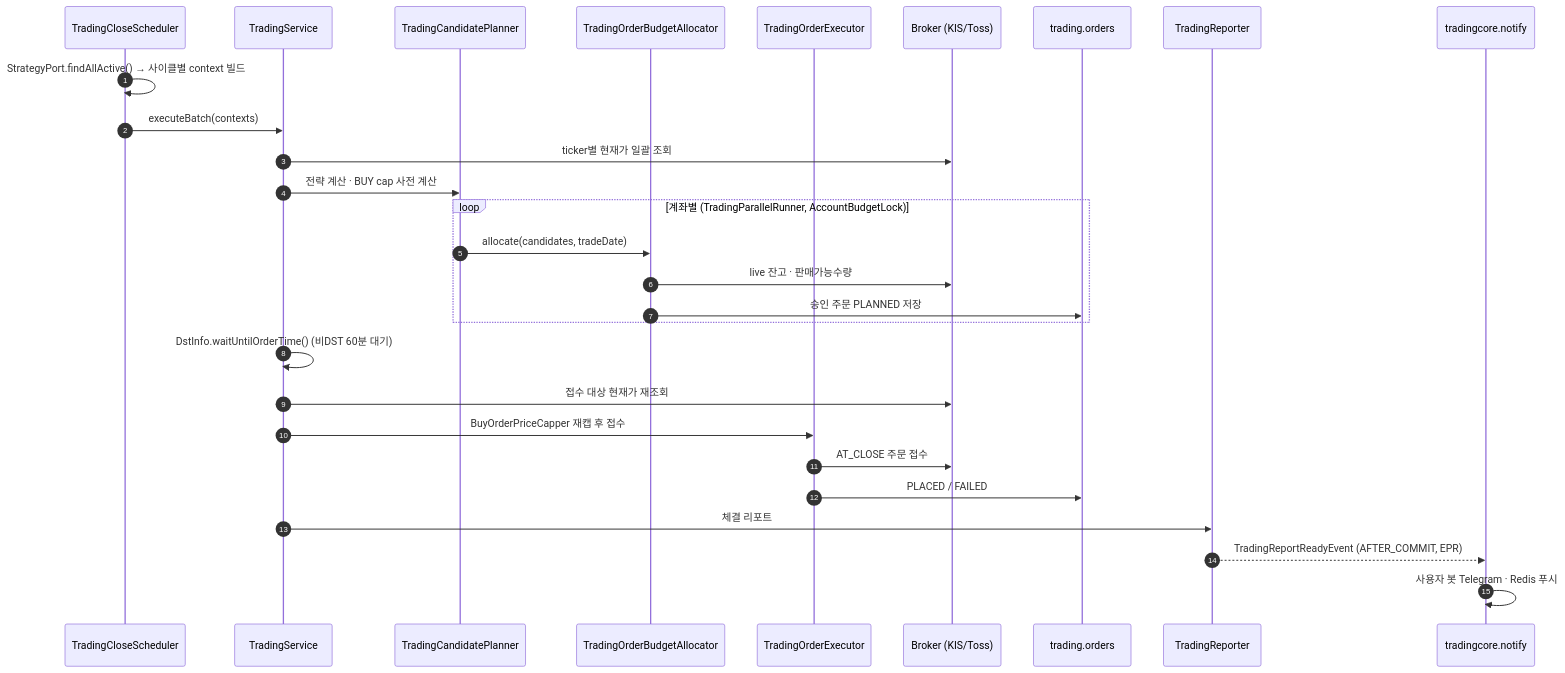
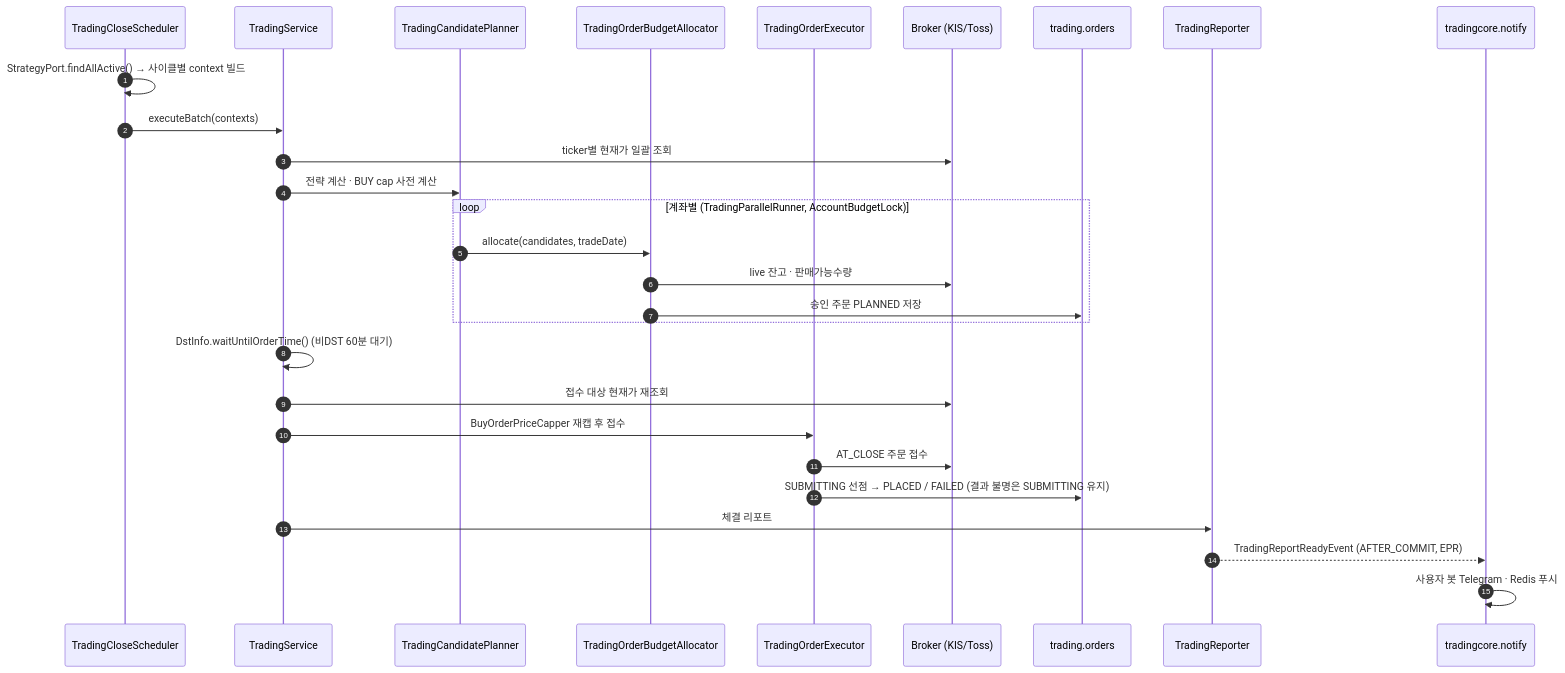
The sixth of 6 diagrams in docs/architecture-map.md (narafu/kista-api), drawn with Mermaid before and after one commit. The commit also changed 5 other files, not shown here.

````diff
--- a/docs/architecture-map.md
+++ b/docs/architecture-map.md
@@ -254,31 +254,31 @@
 ```mermaid
 sequenceDiagram
     autonumber
     participant S as TradingCloseScheduler
     participant Svc as TradingService
     participant Plan as TradingCandidatePlanner
     participant Alloc as TradingOrderBudgetAllocator
     participant Exec as TradingOrderExecutor
     participant B as Broker (KIS/Toss)
     participant DB as trading.orders
     participant R as TradingReporter
     participant N as tradingcore.notify
 
     S->>S: StrategyPort.findAllActive() → 사이클별 context 빌드
     S->>Svc: executeBatch(contexts)
     Svc->>B: ticker별 현재가 일괄 조회
     Svc->>Plan: 전략 계산 · BUY cap 사전 계산
     loop 계좌별 (TradingParallelRunner, AccountBudgetLock)
         Plan->>Alloc: allocate(candidates, tradeDate)
         Alloc->>B: live 잔고 · 판매가능수량
         Alloc->>DB: 승인 주문 PLANNED 저장
     end
     Svc->>Svc: DstInfo.waitUntilOrderTime() (비DST 60분 대기)
     Svc->>B: 접수 대상 현재가 재조회
     Svc->>Exec: BuyOrderPriceCapper 재캡 후 접수
     Exec->>B: AT_CLOSE 주문 접수
-    Exec->>DB: PLACED / FAILED
+    Exec->>DB: SUBMITTING 선점 → PLACED / FAILED (결과 불명은 SUBMITTING 유지)
     Svc->>R: 체결 리포트
     R-->>N: TradingReportReadyEvent (AFTER_COMMIT, EPR)
     N->>N: 사용자 봇 Telegram · Redis 푸시
 ```
````
